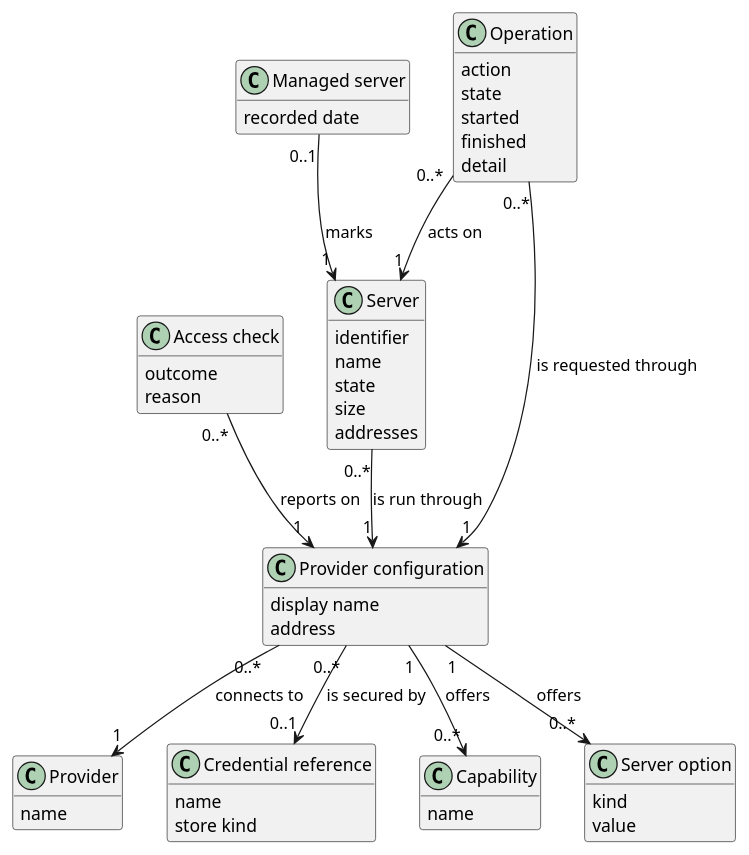
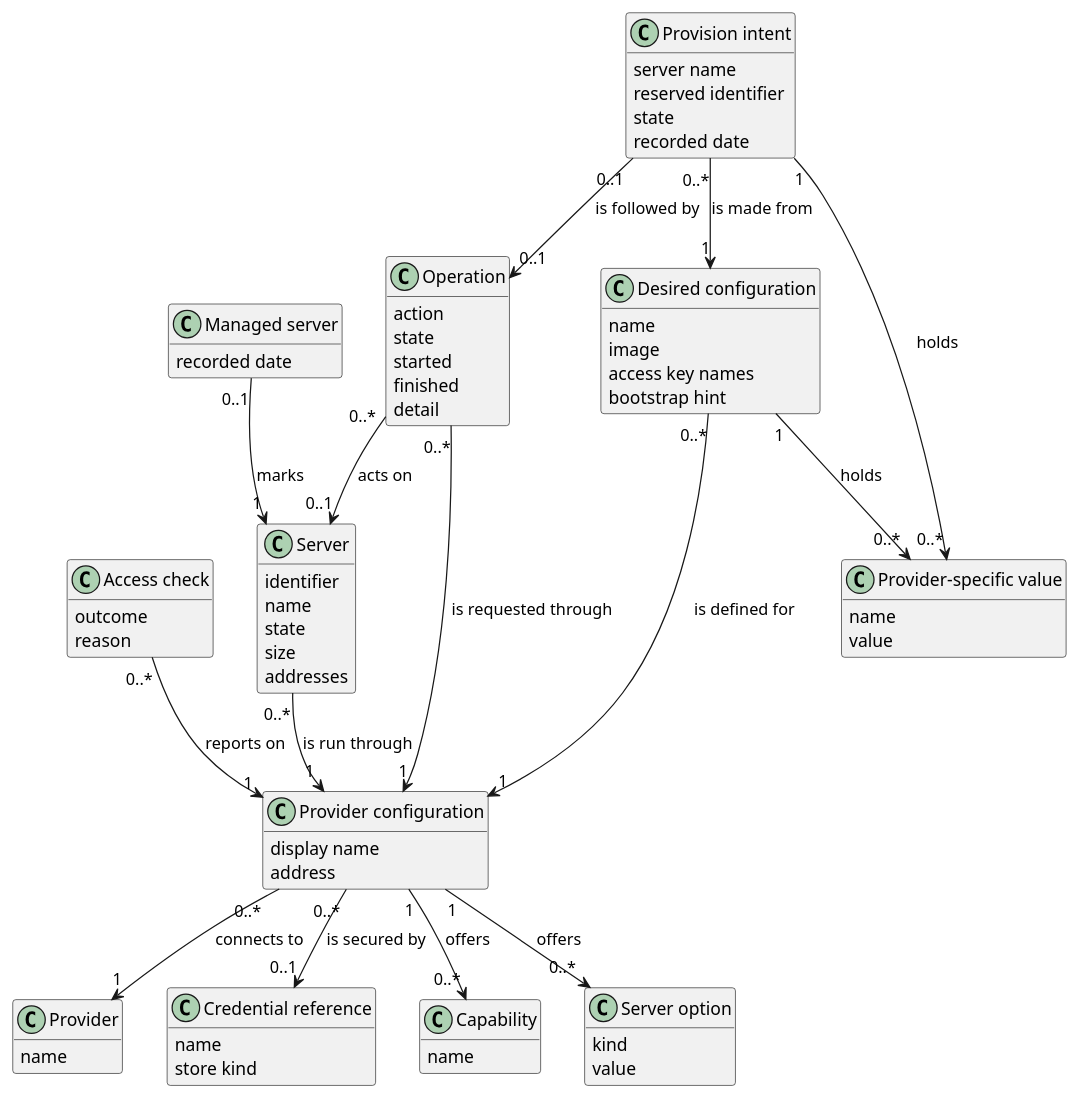
Before and after one commit to TirSystem/iac-node-forge: the diagram in docs/domain-model.md, drawn with PlantUML. The commit also changed other lines of this file and 19 other files, not shown here.

````diff
--- a/docs/domain-model.md
+++ b/docs/domain-model.md
@@ -30,54 +30,75 @@
 ```plantuml
 @startuml
 hide methods
 class Provider {
   name
 }
 class "Provider configuration" as PC {
   display name
   address
 }
 class "Credential reference" as CR {
   name
   store kind
 }
 class "Access check" as AC {
   outcome
   reason
 }
 class Capability {
   name
 }
 class "Server option" as SO {
   kind
   value
 }
 class Server {
   identifier
   name
   state
   size
   addresses
 }
 class "Managed server" as MS {
   recorded date
 }
 class Operation {
   action
   state
   started
   finished
   detail
 }
+class "Desired configuration" as DC {
+  name
+  image
+  access key names
+  bootstrap hint
+}
+class "Provider-specific value" as PV {
+  name
+  value
+}
+class "Provision intent" as PI {
+  server name
+  reserved identifier
+  state
+  recorded date
+}
 
 PC "0..*" --> "1" Provider : connects to
 PC "0..*" --> "0..1" CR : is secured by
 AC "0..*" --> "1" PC : reports on
 PC "1" --> "0..*" Capability : offers
 PC "1" --> "0..*" SO : offers
 Server "0..*" --> "1" PC : is run through
 MS "0..1" --> "1" Server : marks
-Operation "0..*" --> "1" Server : acts on
+Operation "0..*" --> "0..1" Server : acts on
 Operation "0..*" --> "1" PC : is requested through
+DC "0..*" --> "1" PC : is defined for
+DC "1" --> "0..*" PV : holds
+PI "0..*" --> "1" DC : is made from
+PI "1" --> "0..*" PV : holds
+PI "0..1" --> "0..1" Operation : is followed by
 @enduml
 ```
````
